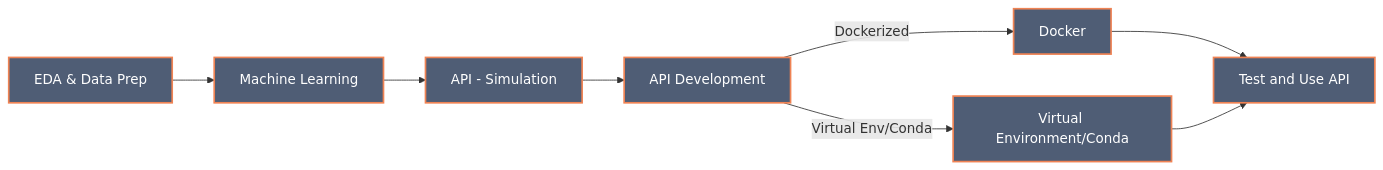
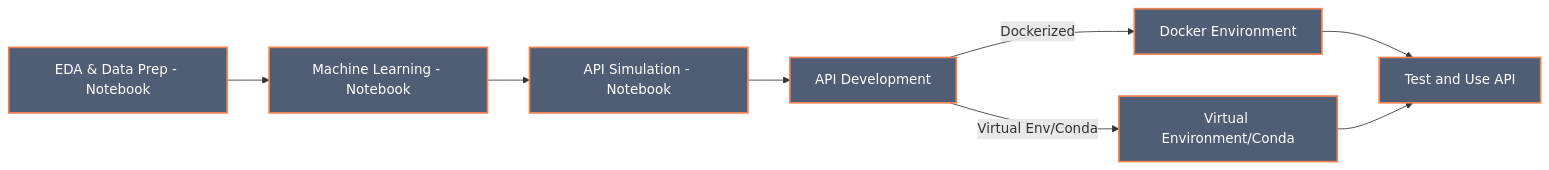
The diagram in README.md (labrijisaad/Monthly-Daily-Energy-Forecasting-Docker-API), drawn with Mermaid before and after one commit. The commit also changed other lines of this file, not shown here.

````diff
--- a/README.md
+++ b/README.md
@@ -30,15 +30,15 @@
 ```mermaid
 graph LR
     classDef processNode fill:#4F5D75,stroke:#EF8354,stroke-width:2px,color:#FFFFFF;
 
-    B[EDA & Data Prep]
-    B --> C[Machine Learning]
-    C --> D[API - Simulation]
+    B[EDA & Data Prep - Notebook]
+    B --> C[Machine Learning - Notebook]
+    C --> D[API Simulation - Notebook]
     D --> E[API Development]
-    E -->|Dockerized| F[Docker]
+    E -->|Dockerized| F[Docker Environment]
     E -->|Virtual Env/Conda| G[Virtual Environment/Conda]
     F --> H[Test and Use API]
     G --> H
 
     class A,B,C,D,E,F,G,H processNode;
 ```
````
